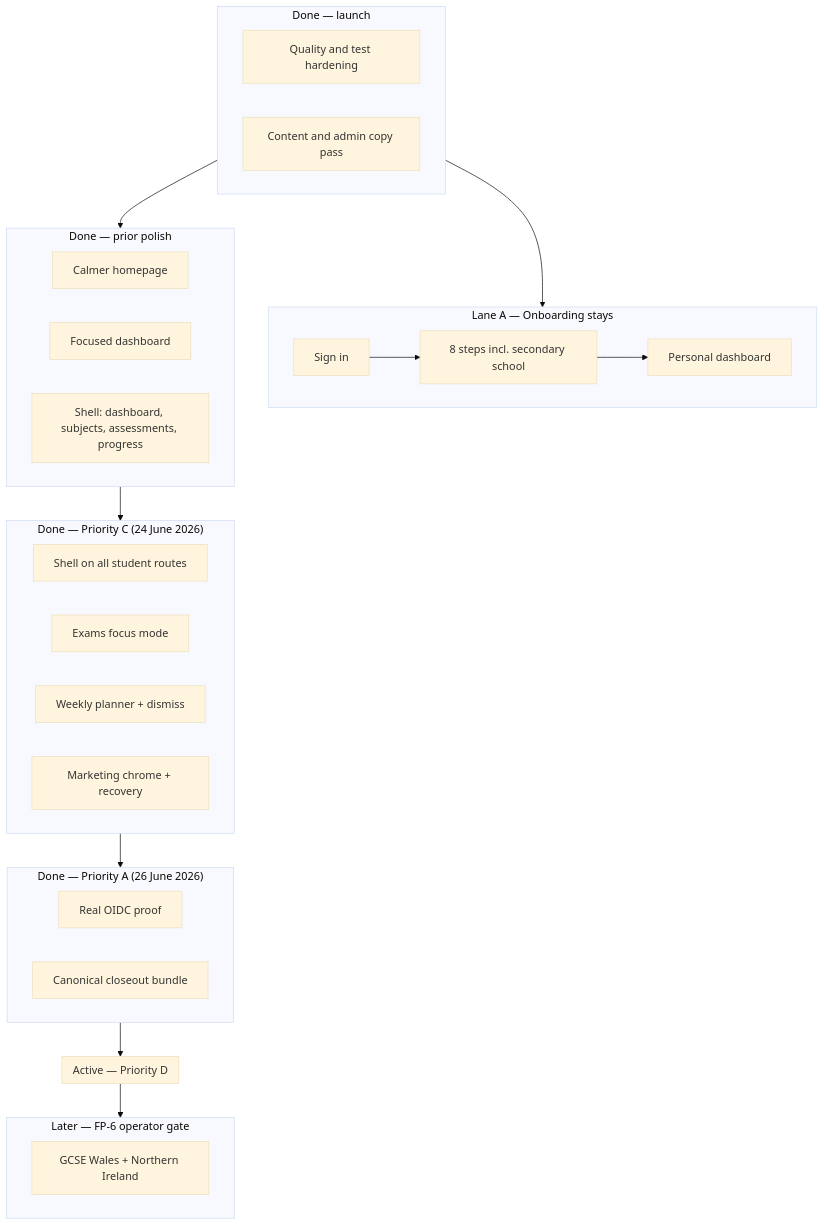
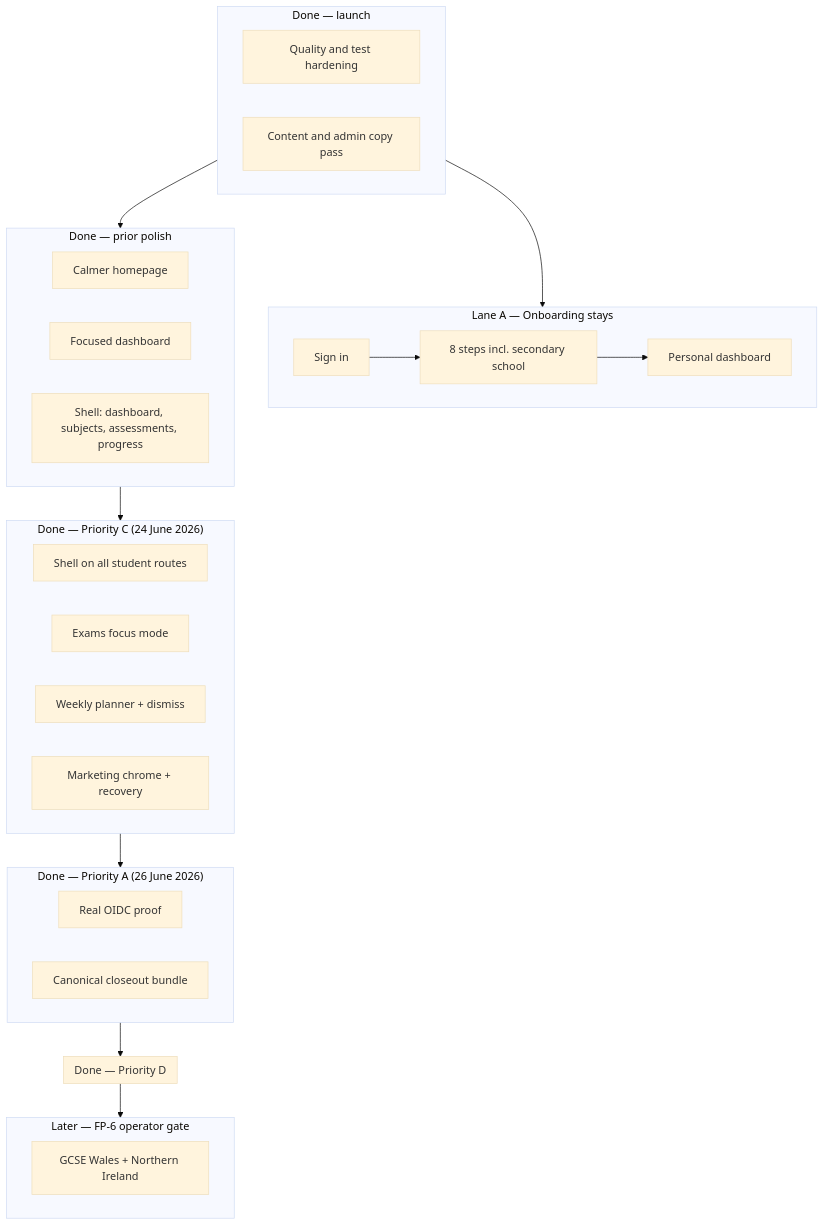
The first of 7 diagrams in HANDOFF.md (tech-fresh/the-switch-platform), drawn with Mermaid (base theme) before and after one commit. The commit also changed other lines of this file and 10 other files, not shown here.

````diff
--- a/HANDOFF.md
+++ b/HANDOFF.md
@@ -174,41 +175,41 @@
 ```mermaid
 flowchart TD
   subgraph done["Done — launch"]
     D1["22-item checklist"]
     D2["theswitchplatform.com on Fly"]
   end
   subgraph laneA["Lane A — Onboarding stays"]
     A1["Sign in"]
     A2["8 steps incl. secondary school"]
     A3["Personal dashboard"]
     A1 --> A2 --> A3
   end
   subgraph donePolish["Done — prior polish"]
     B1["Calmer homepage"]
     B2["Focused dashboard"]
     B3["Shell: dashboard, subjects, assessments, progress"]
   end
   subgraph doneC["Done — Priority C (24 June 2026)"]
     C1["Shell on all student routes"]
     C2["Exams focus mode"]
     C3["Weekly planner + dismiss"]
     C4["Marketing chrome + recovery"]
   end
   subgraph doneA["Done — Priority A (26 June 2026)"]
     PA1["Real OIDC proof"]
     PA2["Canonical closeout bundle"]
   end
-  subgraph activeD["Active — Priority D"]
+  subgraph doneD["Done — Priority D"]
     D1["Quality and test hardening"]
     D2["Content and admin copy pass"]
   end
   subgraph later["Later — FP-6 operator gate"]
     L1["GCSE Wales + Northern Ireland"]
   end
   done --> laneA
   done --> donePolish
   donePolish --> doneC
   doneC --> doneA
-  doneA --> activeD
-  activeD --> later
+  doneA --> doneD
+  doneD --> later
 ```
````
